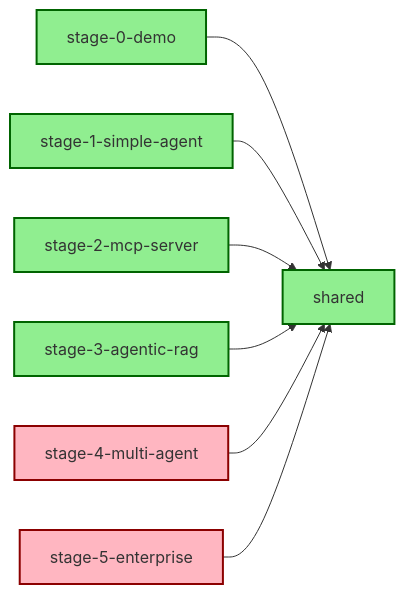
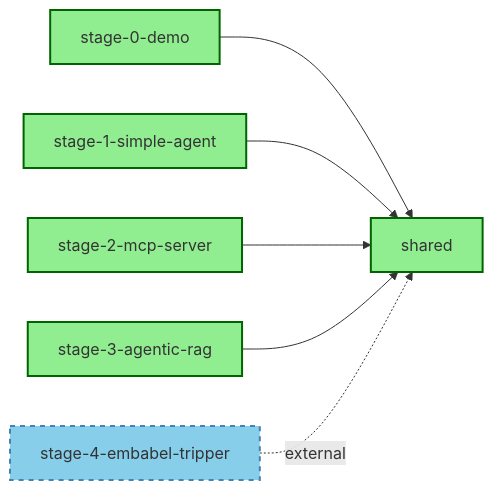
One commit to Incept5/w-jax-munich-2025-workshop changed the third of 3 diagrams in architecture.md. Above: the diagram before and after it, drawn with Mermaid. The commit also changed other lines of this file and 4 other files, not shown here.

First line of the commit message:
Combine stages 4 and 5 into unified Stage 4 (Embabel Tripper reference)

````diff
--- a/architecture.md
+++ b/architecture.md
@@ -561,14 +528,13 @@
 ```mermaid
 graph LR
     SHARED[shared]:::complete
     
     S0[stage-0-demo]:::complete --> SHARED
     S1[stage-1-simple-agent]:::complete --> SHARED
     S2[stage-2-mcp-server]:::complete --> SHARED
     S3[stage-3-agentic-rag]:::complete --> SHARED
-    S4[stage-4-multi-agent]:::todo --> SHARED
-    S5[stage-5-enterprise]:::todo --> SHARED
+    S4[stage-4-embabel-tripper]:::reference -.external.-> SHARED
     
     classDef complete fill:#90EE90,stroke:#006400,stroke-width:2px
-    classDef todo fill:#FFB6C1,stroke:#8B0000,stroke-width:2px
+    classDef reference fill:#87CEEB,stroke:#4682B4,stroke-width:2px,stroke-dasharray: 5 5
 ```
````
